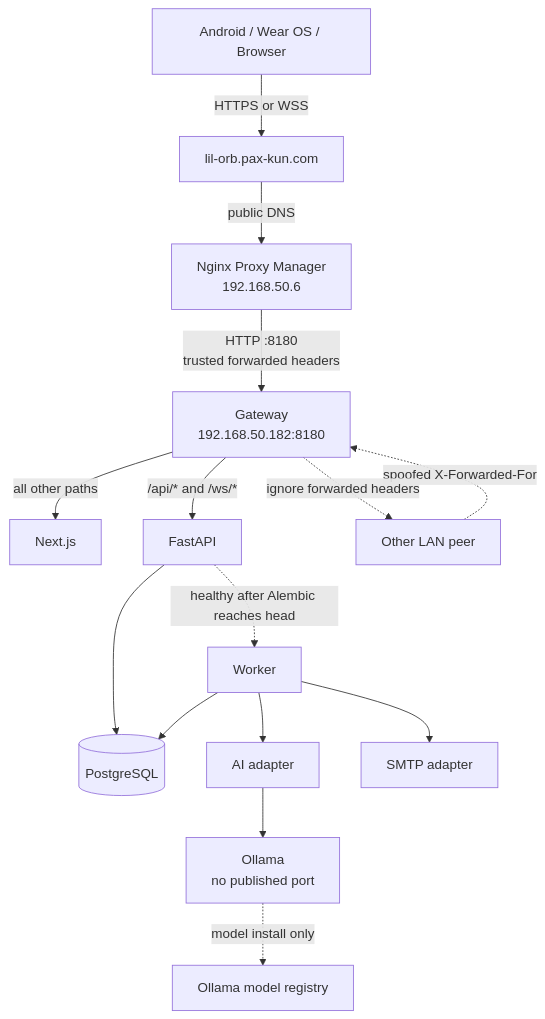
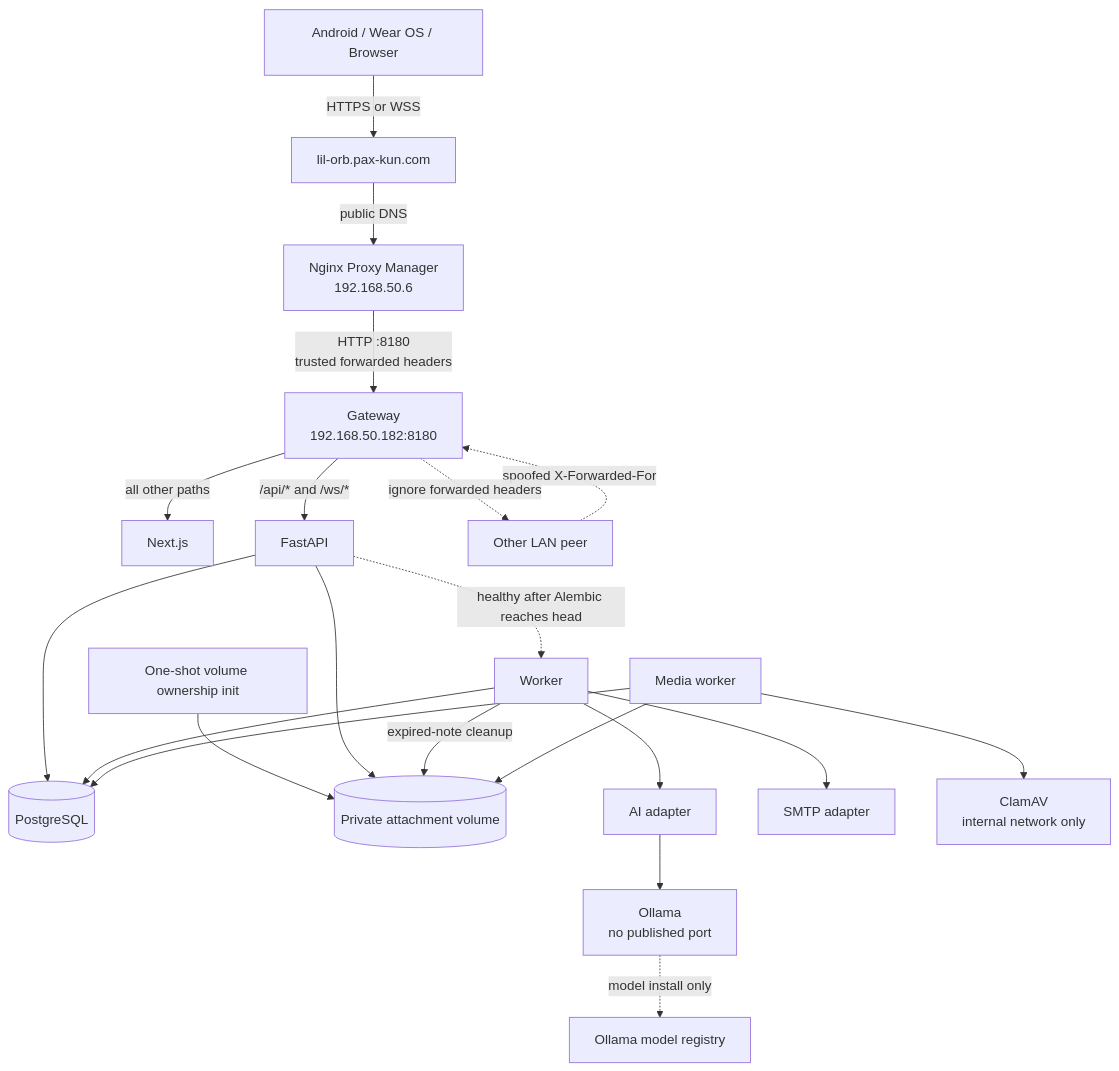
The first of 16 diagrams in docs/NETWORK-FLOW.md (Captainpax/littleorbit), drawn with Mermaid before and after one commit. The commit also changed other lines of this file and 84 other files, not shown here.

````diff
--- a/docs/NETWORK-FLOW.md
+++ b/docs/NETWORK-FLOW.md
@@ -9,18 +9,24 @@
 ```mermaid
 flowchart TD
     Clients[Android / Wear OS / Browser] -->|HTTPS or WSS| DNS[lil-orb.pax-kun.com]
     DNS -->|public DNS| NPM[Nginx Proxy Manager<br/>192.168.50.6]
     NPM -->|HTTP :8180<br/>trusted forwarded headers| Gateway[Gateway<br/>192.168.50.182:8180]
     Gateway -->|all other paths| Web[Next.js]
     Gateway -->|/api/* and /ws/*| API[FastAPI]
     API --> DB[(PostgreSQL)]
+    Init[One-shot volume ownership init] --> Files[(Private attachment volume)]
+    API --> Files
     API -. healthy after Alembic reaches head .-> Worker
     Worker[Worker] --> DB
     Worker --> AI[AI adapter]
     AI --> Ollama[Ollama<br/>no published port]
     Ollama -. model install only .-> Registry[Ollama model registry]
     Worker --> SMTP[SMTP adapter]
+    Worker -->|expired-note cleanup| Files
+    MediaWorker[Media worker] --> DB
+    MediaWorker --> Files
+    MediaWorker --> ClamAV[ClamAV<br/>internal network only]
 
     Untrusted[Other LAN peer] -. spoofed X-Forwarded-For .-> Gateway
     Gateway -. ignore forwarded headers .-> Untrusted
 ```
````
